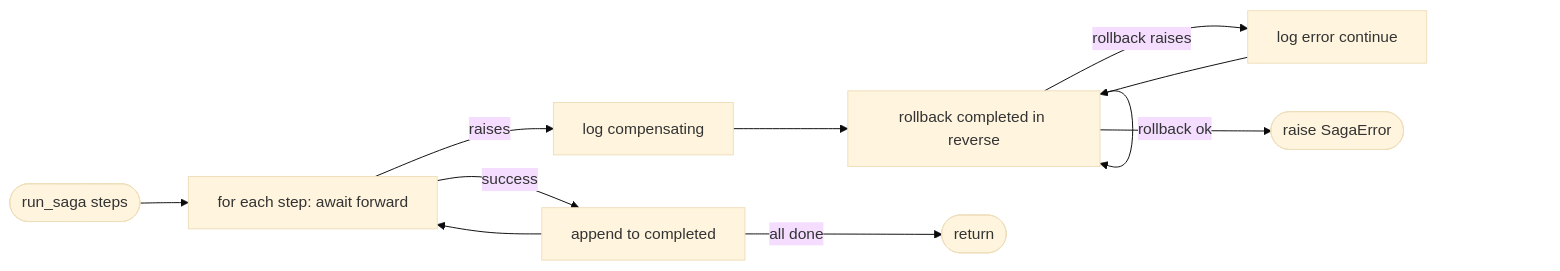
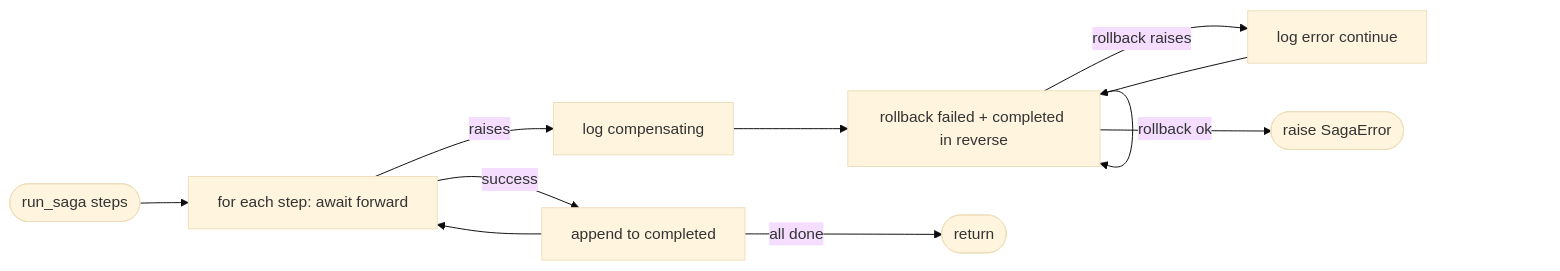
The diagram in docs/specs/20260620163423_saga_base_runner.md (niconisoria/scim-bridge), drawn with Mermaid (base theme) before and after one commit. The commit also changed other lines of this file and 7 other files, not shown here.

````diff
--- a/docs/specs/20260620163423_saga_base_runner.md
+++ b/docs/specs/20260620163423_saga_base_runner.md
@@ -45,13 +46,13 @@
 ```mermaid
 flowchart LR
     A([run_saga steps]) --> B[for each step: await forward]
     B -- success --> C[append to completed]
     C --> B
     B -- raises --> D[log compensating]
-    D --> E[rollback completed in reverse]
+    D --> E[rollback failed + completed in reverse]
     E -- rollback raises --> F[log error continue]
     E -- rollback ok --> E
     F --> E
     E --> G([raise SagaError])
     C -- all done --> H([return])
 ```
````
